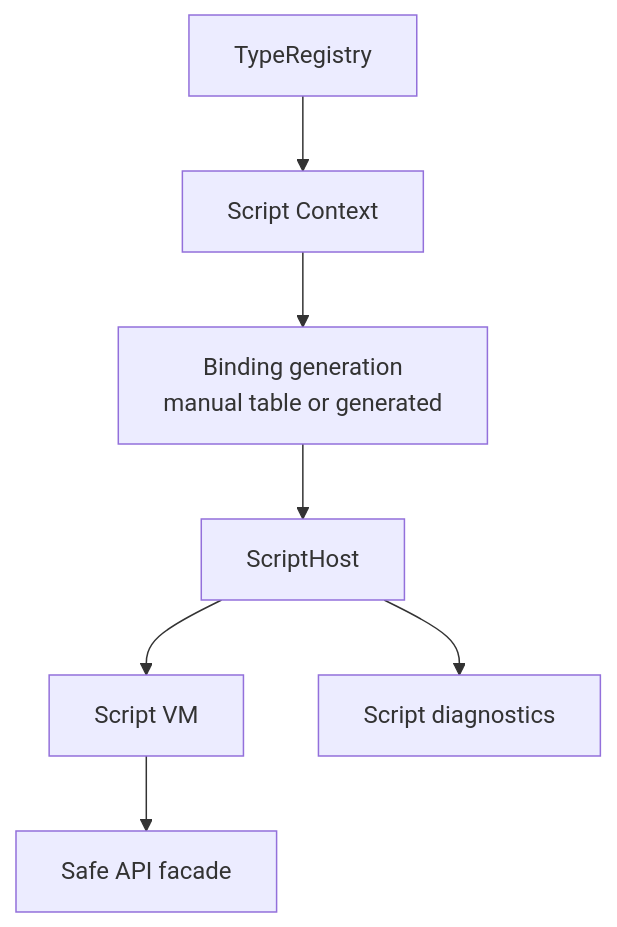
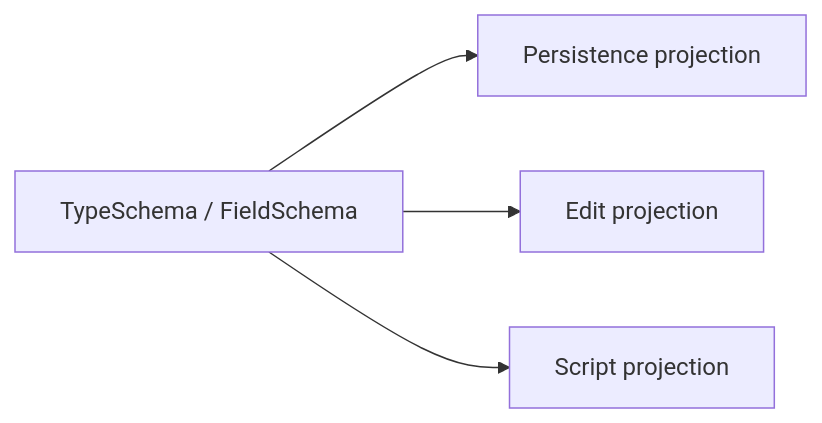
The third of 3 diagrams in docs/systems/reflection-serialization.md (66six11/Engine), drawn with Mermaid before and after one commit. The commit also changed other lines of this file and 10 other files, not shown here.

Commit message:
docs: reset schema persistence architecture

````diff
--- a/docs/systems/reflection-serialization.md
+++ b/docs/systems/reflection-serialization.md
@@ -425,14 +376,11 @@
 ```mermaid
-flowchart TD
-    TypeReg["TypeRegistry"]
-    ScriptCtx["Script Context"]
-    BindingGen["Binding generation<br/>manual table or generated"]
-    ScriptHost["ScriptHost"]
-    Script["Script VM"]
-    Facade["Safe API facade"]
-    Diagnostics["Script diagnostics"]
+flowchart LR
+    Schema["TypeSchema / FieldSchema"]
+    Persist["Persistence projection"]
+    Edit["Edit projection"]
+    Script["Script projection"]
 
-    TypeReg --> ScriptCtx --> BindingGen --> ScriptHost --> Script
-    Script --> Facade
-    ScriptHost --> Diagnostics
+    Schema --> Persist
+    Schema --> Edit
+    Schema --> Script
 ```
````
